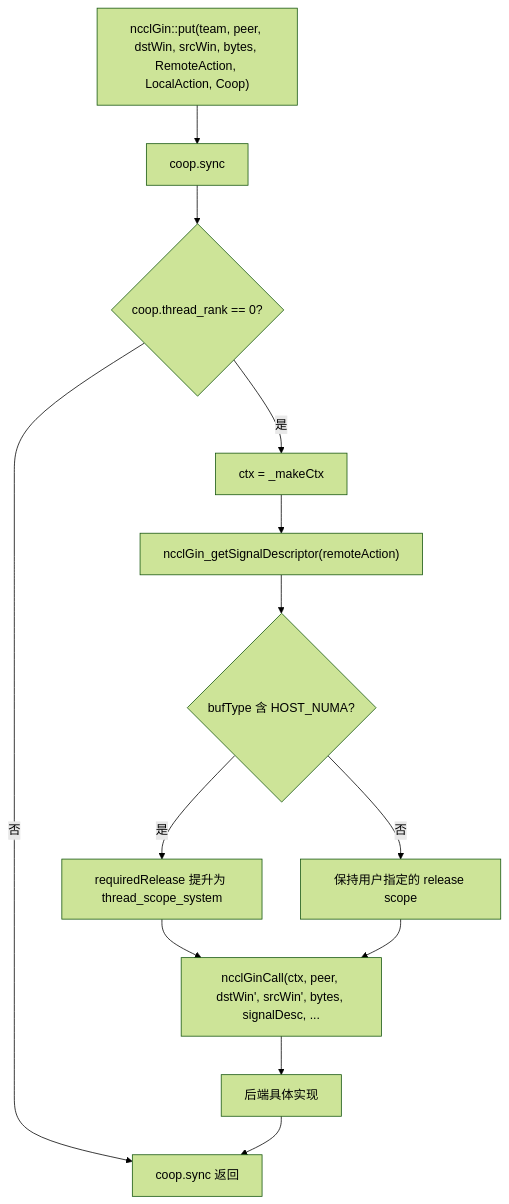
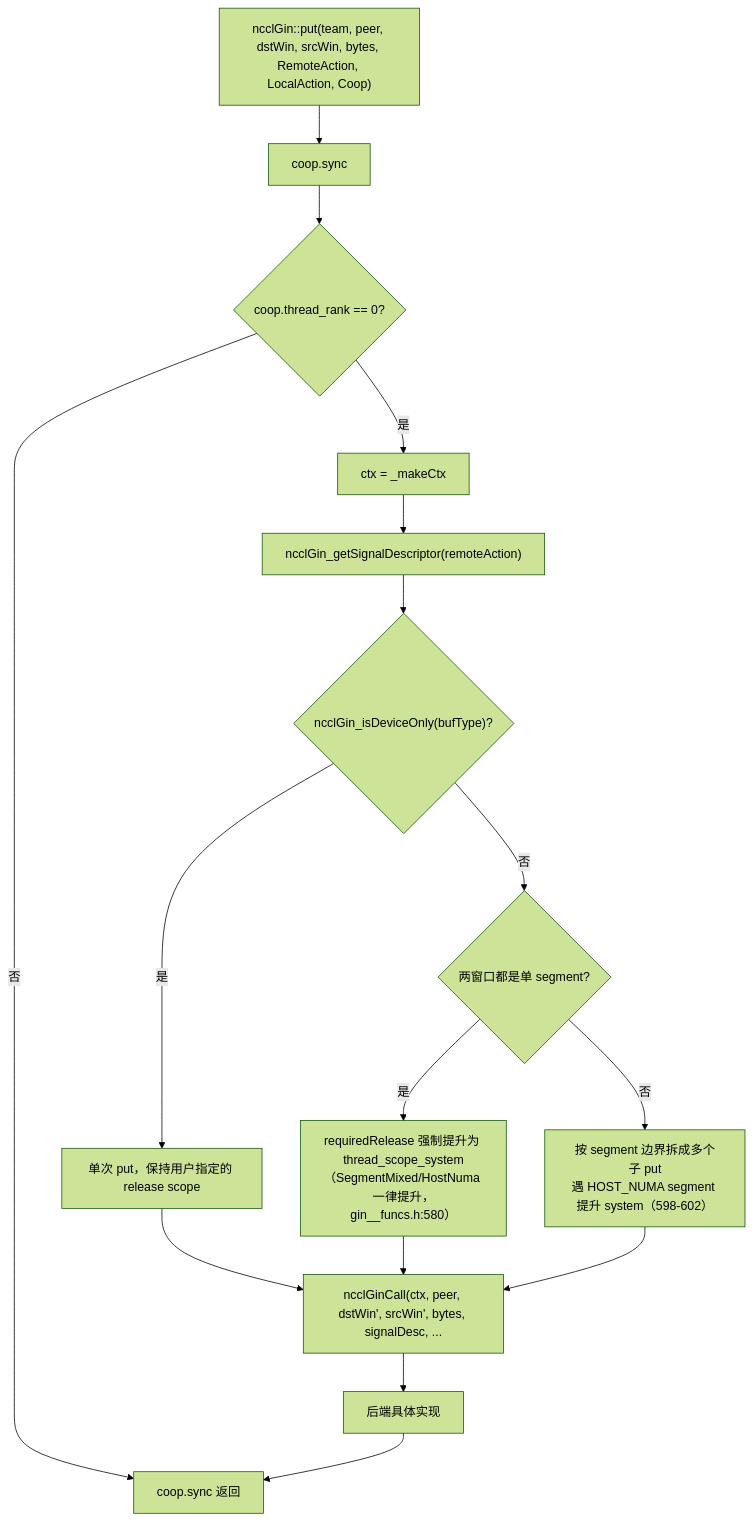
Before and after one commit to s0okiym/DeepEP: the third of 7 diagrams in notes/nccl_gin_internals.md, drawn with Mermaid (forest theme). The commit also changed other lines of this file, not shown here.

Commit message:
docs(notes): 修订 nccl_gin_internals.md(对齐 NCCL 2.31.2:多后端/EFA GDA/stride 泛化)

````diff
--- a/notes/nccl_gin_internals.md
+++ b/notes/nccl_gin_internals.md
@@ -240,15 +352,18 @@
 ```mermaid
 flowchart TD
     A["ncclGin::put(team, peer, dstWin, srcWin, bytes, RemoteAction, LocalAction, Coop)"] --> B["coop.sync"]
     B --> C{"coop.thread_rank == 0?"}
     C -->|否| D["coop.sync 返回"]
     C -->|是| E["ctx = _makeCtx"]
     E --> F["ncclGin_getSignalDescriptor(remoteAction)"]
-    F --> G{"bufType 含 HOST_NUMA?"}
-    G -->|是| H["requiredRelease 提升为 thread_scope_system"]
-    G -->|否| I["保持用户指定的 release scope"]
-    H --> J["ncclGinCall<ncclGinApi_Put>(ctx, peer, dstWin', srcWin', bytes, signalDesc, ..."]
-    I --> J
-    J --> K["后端具体实现"]
-    K --> D
+    F --> G{"ncclGin_isDeviceOnly(bufType)?"}
+    G -->|是| H["单次 put，保持用户指定的 release scope"]
+    G -->|否| I{"两窗口都是单 segment?"}
+    I -->|是| J["requiredRelease 强制提升为 thread_scope_system<br/>（SegmentMixed/HostNuma 一律提升，gin__funcs.h:580）"]
+    I -->|否| K["按 segment 边界拆成多个子 put<br/>遇 HOST_NUMA segment 提升 system（598-602）"]
+    H --> L["ncclGinCall<ncclGinApi_Put>(ctx, peer, dstWin', srcWin', bytes, signalDesc, ..."]
+    J --> L
+    K --> L
+    L --> M["后端具体实现"]
+    M --> D
 ```
````
